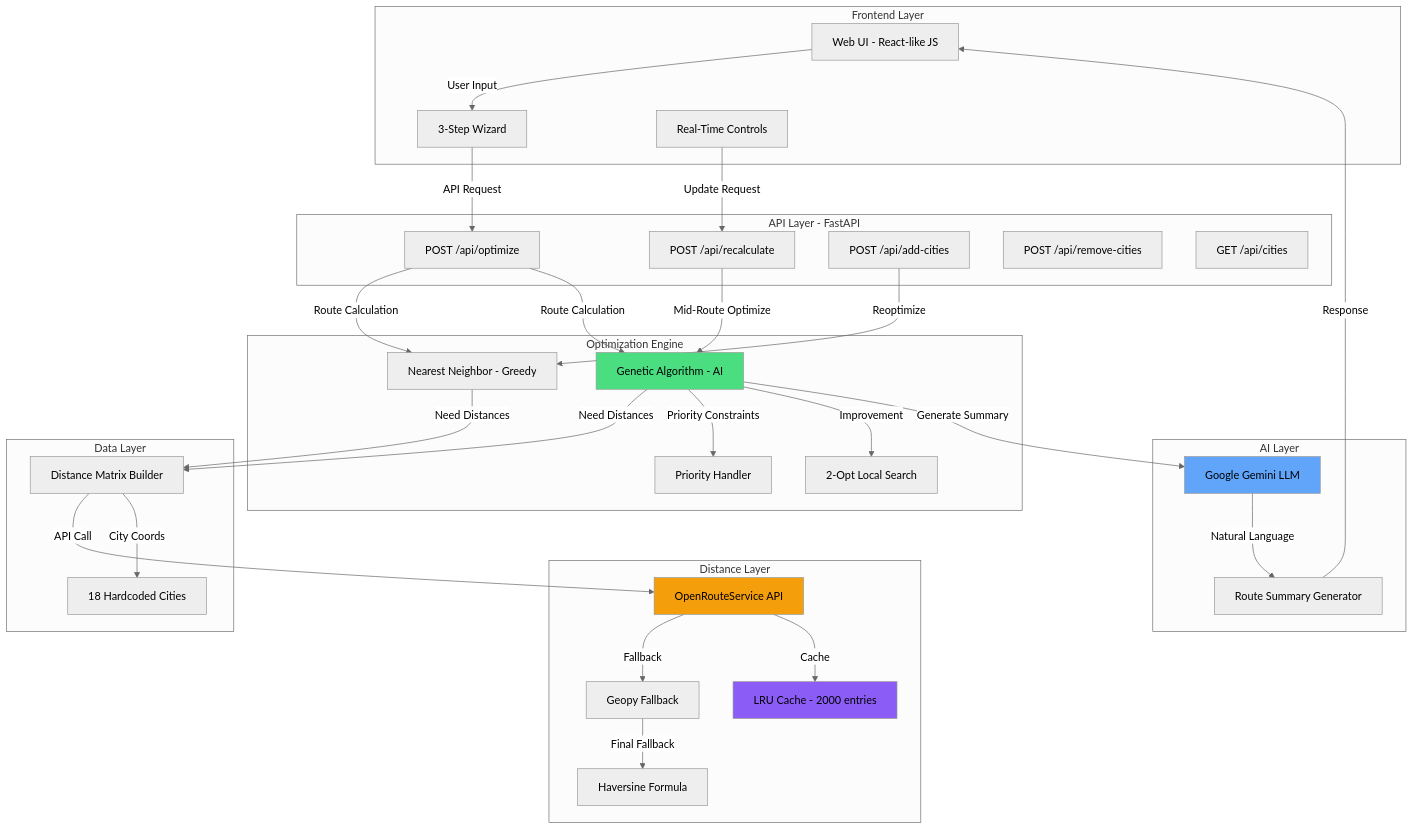
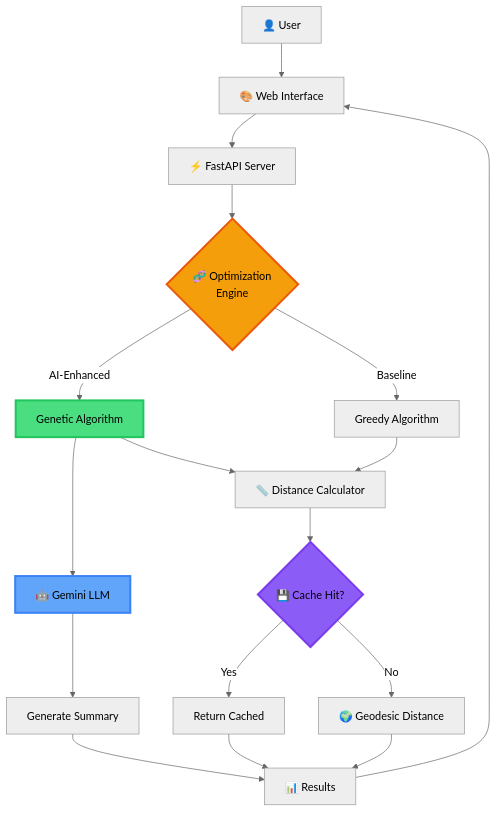
One commit to SrijanG07/Route-Optimizer changed the first of 5 diagrams in docs/ARCHITECTURE.md. Above: the diagram before and after it, drawn with Mermaid (neutral theme). The commit also changed other lines of this file and 6 other files, not shown here.

````diff
--- a/docs/ARCHITECTURE.md
+++ b/docs/ARCHITECTURE.md
@@ -12,71 +12,32 @@
 ```mermaid
 flowchart TB
-    subgraph "Frontend Layer"
-        UI[Web UI - React-like JS]
-        Wizard[3-Step Wizard]
-        RealTime[Real-Time Controls]
-    end
+    User[👤 User] --> UI[🎨 Web Interface]
     
-    subgraph "API Layer - FastAPI"
-        Optimize[POST /api/optimize]
-        Recalc[POST /api/recalculate]
-        AddCity[POST /api/add-cities]
-        RemCity[POST /api/remove-cities]
-        GetCities[GET /api/cities]
-    end
+    UI --> API[⚡ FastAPI Server]
     
-    subgraph "Optimization Engine"
-        Greedy[Nearest Neighbor - Greedy]
-        GA[Genetic Algorithm - AI]
-        TwoOpt[2-Opt Local Search]
-        Priority[Priority Handler]
-    end
+    API --> Optimizer{🧬 Optimization<br/>Engine}
     
-    subgraph "Distance Layer"
-        Maps[OpenRouteService API]
-        Cache[LRU Cache - 2000 entries]
-        Geodesic[Geopy Fallback]
-        Haversine[Haversine Formula]
-    end
+    Optimizer --> |Baseline| Greedy[Greedy Algorithm]
+    Optimizer --> |AI-Enhanced| GA[Genetic Algorithm]
     
-    subgraph "AI Layer"
-        Gemini[Google Gemini LLM]
-        Summary[Route Summary Generator]
-    end
+    GA --> Distance[📏 Distance Calculator]
+    Greedy --> Distance
     
-    subgraph "Data Layer"
-        Cities[18 Hardcoded Cities]
-        Matrix[Distance Matrix Builder]
-    end
+    Distance --> Cache{💾 Cache Hit?}
+    Cache --> |Yes| Return1[Return Cached]
+    Cache --> |No| Geodesic[🌍 Geodesic Distance]
     
-    UI --> |User Input| Wizard
-    Wizard --> |API Request| Optimize
-    RealTime --> |Update Request| Recalc
+    GA --> AI[🤖 Gemini LLM]
+    AI --> Summary[Generate Summary]
     
-    Optimize --> |Route Calculation| Greedy
-    Optimize --> |Route Calculation| GA
-    Recalc --> |Mid-Route Optimize| GA
-    AddCity --> |Reoptimize| Greedy
+    Summary --> Response[📊 Results]
+    Return1 --> Response
+    Geodesic --> Response
     
-    Greedy --> |Need Distances| Matrix
-    GA --> |Need Distances| Matrix
-    GA --> |Priority Constraints| Priority
-    GA --> |Improvement| TwoOpt
+    Response --> UI
     
-    Matrix --> |API Call| Maps
-    Maps --> |Fallback| Geodesic
-    Geodesic --> |Final Fallback| Haversine
-    Maps --> |Cache| Cache
-    
-    GA --> |Generate Summary| Gemini
-    Gemini --> |Natural Language| Summary
-    
-    Matrix --> |City Coords| Cities
-    
-    Summary --> |Response| UI
-    
-    style GA fill:#4ade80
-    style Gemini fill:#60a5fa
-    style Maps fill:#f59e0b
-    style Cache fill:#8b5cf6
+    style GA fill:#4ade80,stroke:#22c55e,stroke-width:3px
+    style AI fill:#60a5fa,stroke:#3b82f6,stroke-width:3px
+    style Cache fill:#8b5cf6,stroke:#7c3aed,stroke-width:3px
+    style Optimizer fill:#f59e0b,stroke:#ea580c,stroke-width:3px
 ```
````
